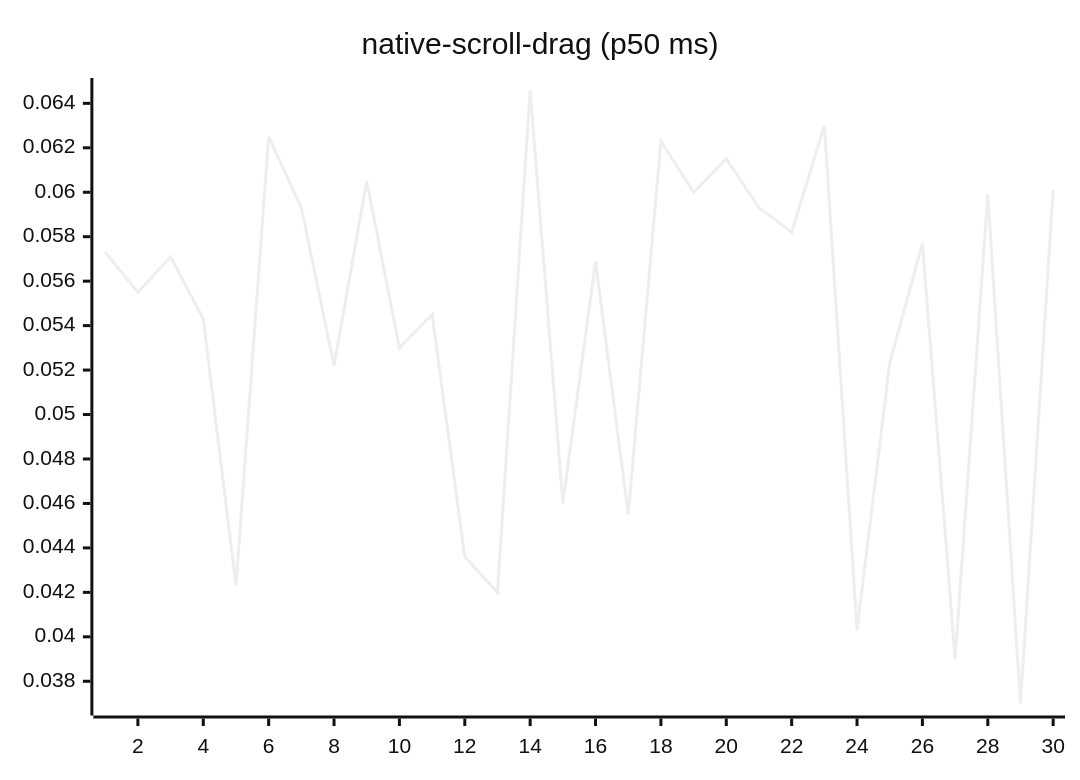
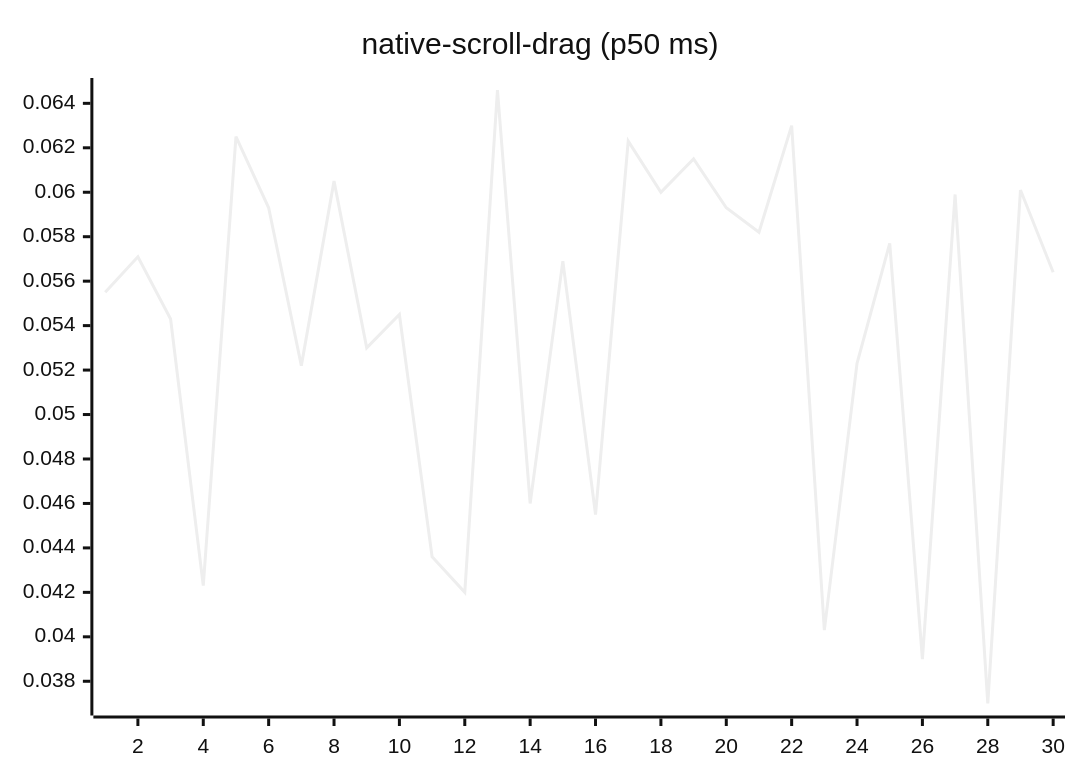
Diagram 14 of 27 in README.md (josha/Facet), drawn with Mermaid (neutral theme) before and after one commit. The commit also changed other lines of this file and 2 other files, not shown here.

````diff
--- a/README.md
+++ b/README.md
@@ -154,6 +154,6 @@
 ```mermaid
 xychart-beta
     title "native-scroll-drag (p50 ms)"
     x-axis 1 --> 30
-    line [0.0573, 0.0555, 0.0571, 0.0543, 0.0423, 0.0625, 0.0593, 0.0522, 0.0605, 0.0530, 0.0545, 0.0436, 0.0420, 0.0646, 0.0460, 0.0569, 0.0455, 0.0623, 0.0600, 0.0615, 0.0593, 0.0582, 0.0630, 0.0403, 0.0523, 0.0577, 0.0390, 0.0599, 0.0370, 0.0601]
+    line [0.0555, 0.0571, 0.0543, 0.0423, 0.0625, 0.0593, 0.0522, 0.0605, 0.0530, 0.0545, 0.0436, 0.0420, 0.0646, 0.0460, 0.0569, 0.0455, 0.0623, 0.0600, 0.0615, 0.0593, 0.0582, 0.0630, 0.0403, 0.0523, 0.0577, 0.0390, 0.0599, 0.0370, 0.0601, 0.0564]
 ```
````
